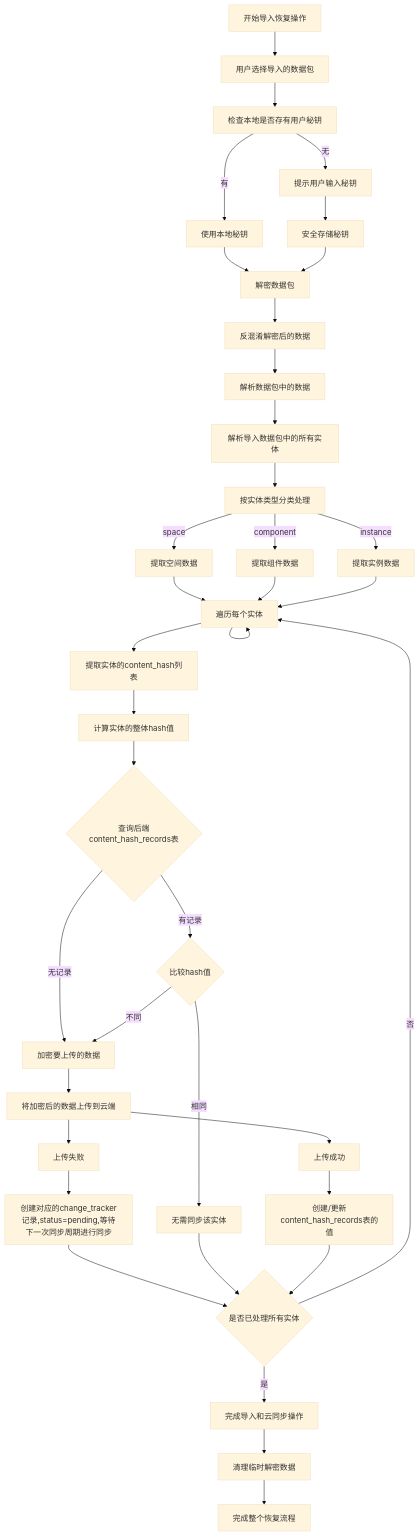
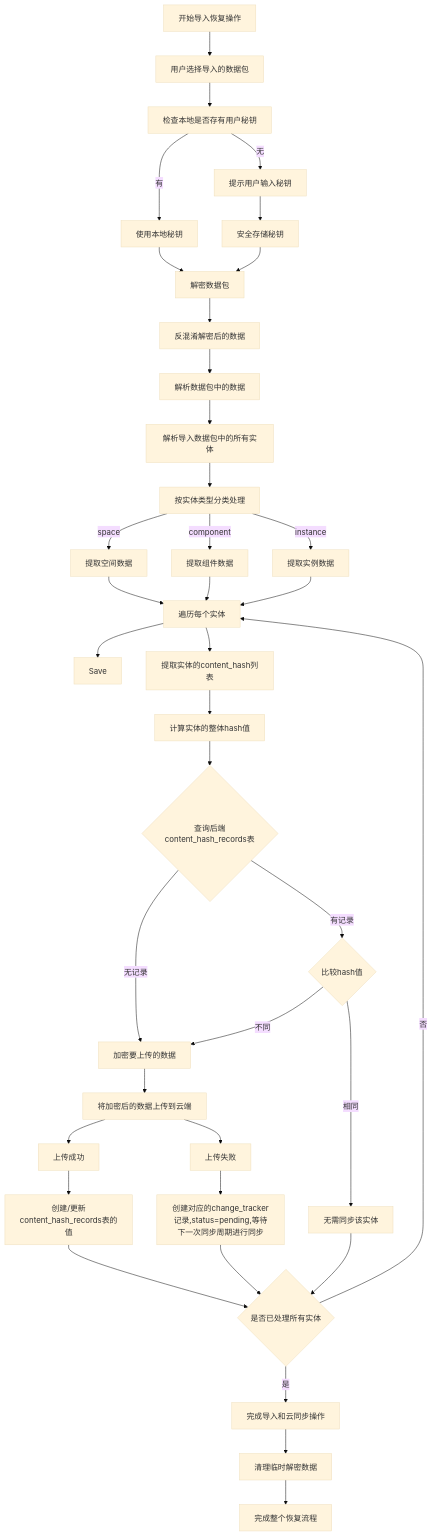
One commit to yingjianzh/iodraw-files changed the diagram in all/未命名-44.md. Above: the diagram before and after it, drawn with Mermaid (base theme).

Commit message:
2025-04-27 17:56:25 update

````diff
--- a/all/未命名-44.md
+++ b/all/未命名-44.md
@@ -1,56 +1,56 @@
 ```mermaid
 flowchart TD
     A[开始导入恢复操作] --> B[用户选择导入的数据包]
     B --> B1[检查本地是否存有用户秘钥]
     
     B1 -->|有| B3[使用本地秘钥]
     B1 -->|无| B4[提示用户输入秘钥]
 
     B4 --> B8[安全存储秘钥]
     B3 --> B10[解密数据包]
     B8 --> B10
     
     B10 --> B11[反混淆解密后的数据]
     B11 --> C[解析数据包中的数据]
     
     C --> D[解析导入数据包中的所有实体]
     D --> G[按实体类型分类处理]
     
     G -->|space| H1[提取空间数据]
     G -->|component| H2[提取组件数据]
     G -->|instance| H3[提取实例数据]
     
     H1 --> I[遍历每个实体]
     H2 --> I
     H3 --> I
     
-    I -->
+    I --> Save
     I --> J[提取实体的content_hash列表]
     J --> K[计算实体的整体hash值]
     
     K --> L{查询后端content_hash_records表}
     L -->|无记录| M1[加密要上传的数据]
     M1 --> M1a[将加密后的数据上传到云端]
     M1a --> N1[上传成功]
     M1a --> N2[上传失败]
     
     N2 --> N3[创建对应的change_tracker记录,status=pending,等待下一次同步周期进行同步]
     N3 --> S
     N1 --> M4[创建/更新content_hash_records表的值]
 
 
     L -->|有记录| M2{比较hash值}
     M2 -->|不同| M1
 
     M2 -->|相同| M3[无需同步该实体]
     
     
     M3 --> S{是否已处理所有实体}
     M4 --> S{是否已处理所有实体}
     
     S -->|否| I
     S -->|是| T[完成导入和云同步操作]
     
     T --> U[清理临时解密数据]
     U --> V[完成整个恢复流程]
 ```
````
